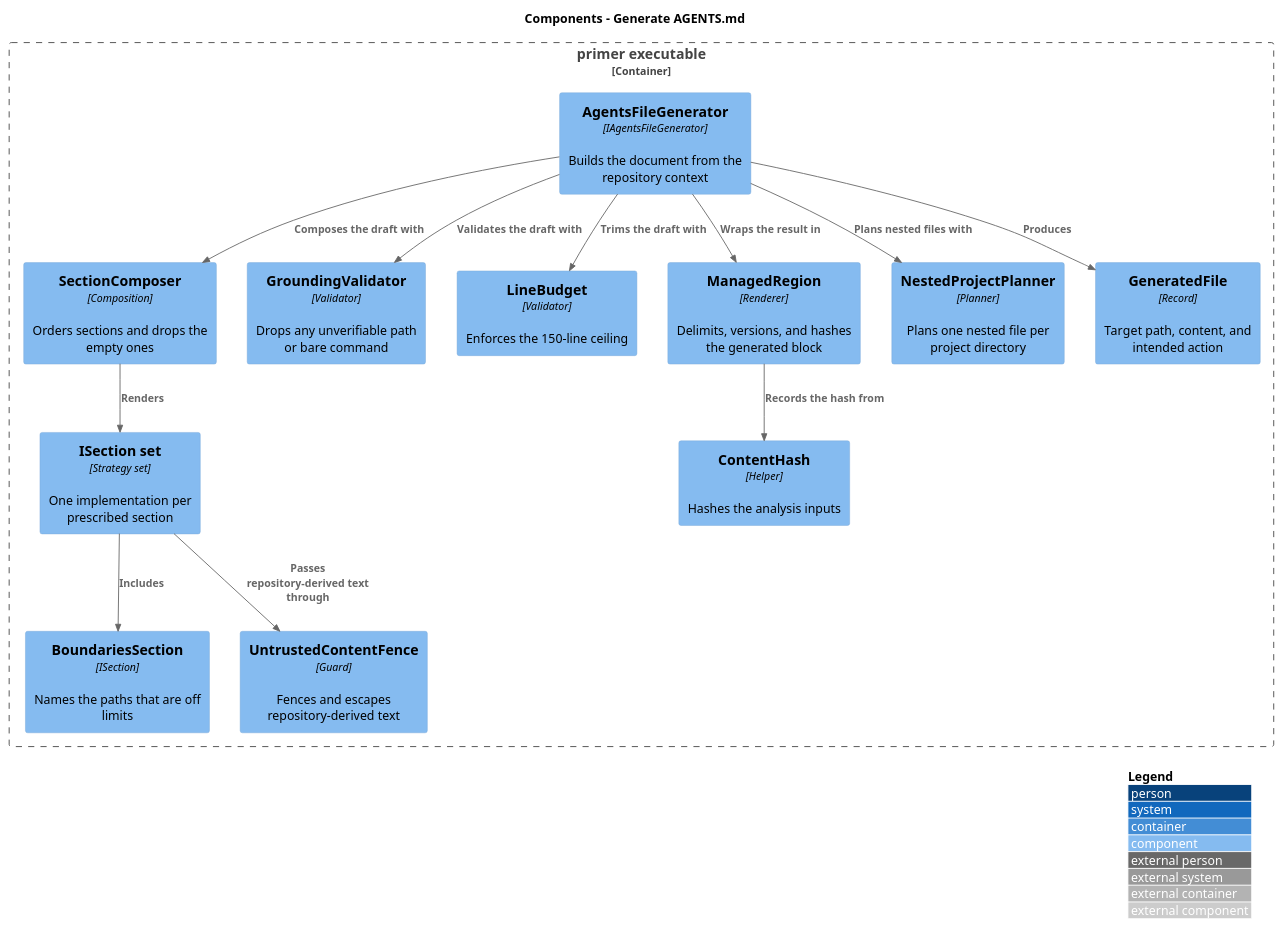
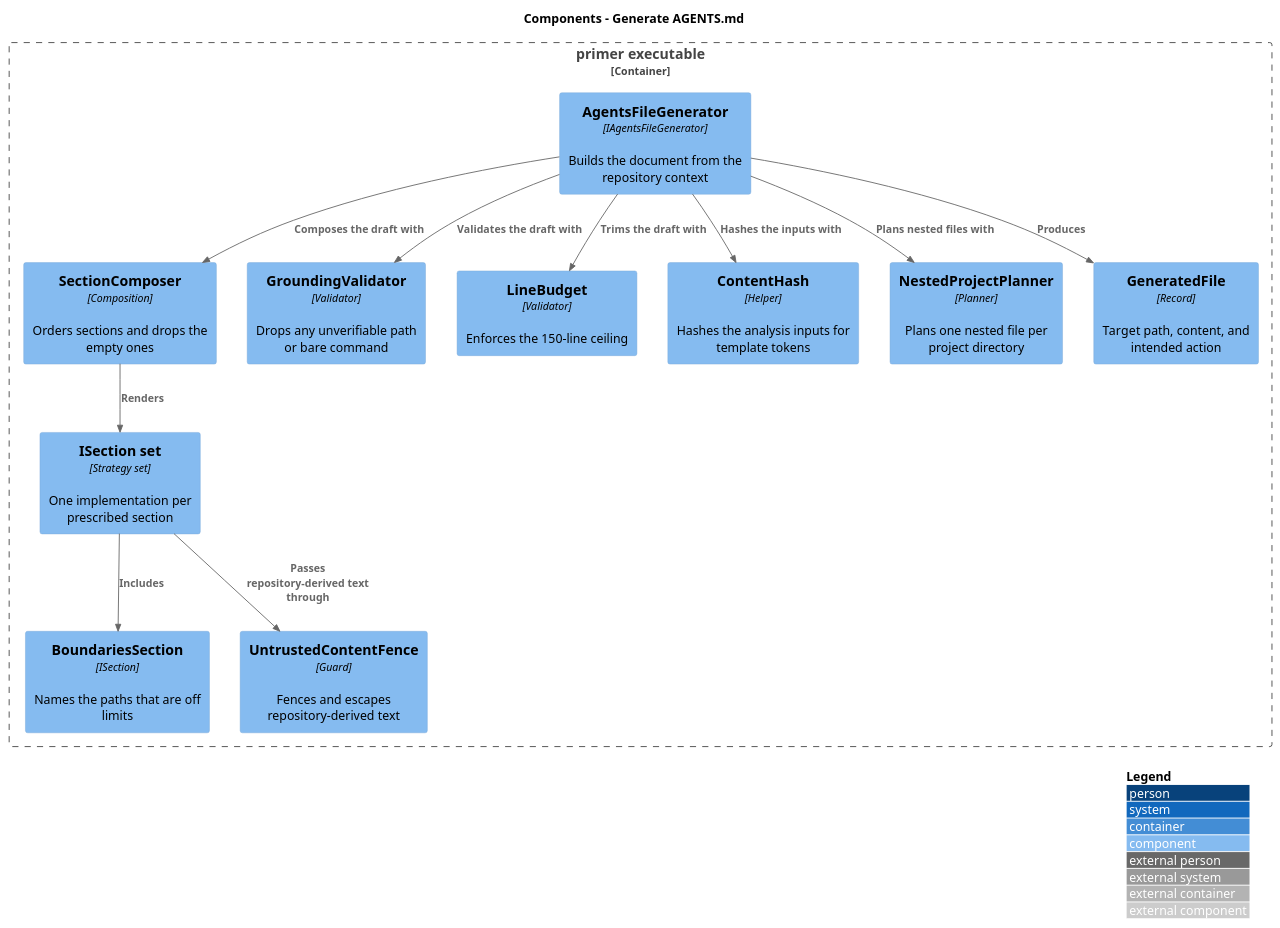
One commit to QuinntyneBrown/primer changed the diagram in docs/detailed-designs/agent-file-generation/generate-agents-md/diagrams/c4-component.puml. Above: the diagram before and after it, drawn with PlantUML. The commit also changed 53 other files, not shown here.

```diff
--- a/docs/detailed-designs/agent-file-generation/generate-agents-md/diagrams/c4-component.puml
+++ b/docs/detailed-designs/agent-file-generation/generate-agents-md/diagrams/c4-component.puml
@@ -1,30 +1,28 @@
 @startuml
 !include <C4/C4_Component>
 LAYOUT_WITH_LEGEND()
 title Components - Generate AGENTS.md
 
 Container_Boundary(exe, "primer executable") {
   Component(generator, "AgentsFileGenerator", "IAgentsFileGenerator", "Builds the document from the repository context")
   Component(composer, "SectionComposer", "Composition", "Orders sections and drops the empty ones")
   Component(sections, "ISection set", "Strategy set", "One implementation per prescribed section")
   Component(boundaries, "BoundariesSection", "ISection", "Names the paths that are off limits")
   Component(grounding, "GroundingValidator", "Validator", "Drops any unverifiable path or bare command")
   Component(fence, "UntrustedContentFence", "Guard", "Fences and escapes repository-derived text")
   Component(budget, "LineBudget", "Validator", "Enforces the 150-line ceiling")
-  Component(region, "ManagedRegion", "Renderer", "Delimits, versions, and hashes the generated block")
-  Component(hash, "ContentHash", "Helper", "Hashes the analysis inputs")
+  Component(hash, "ContentHash", "Helper", "Hashes the analysis inputs for template tokens")
   Component(nested, "NestedProjectPlanner", "Planner", "Plans one nested file per project directory")
   Component(file, "GeneratedFile", "Record", "Target path, content, and intended action")
 }
 
 Rel(generator, composer, "Composes the draft with")
 Rel(composer, sections, "Renders")
 Rel(sections, boundaries, "Includes")
 Rel(sections, fence, "Passes repository-derived text through")
 Rel(generator, grounding, "Validates the draft with")
 Rel(generator, budget, "Trims the draft with")
-Rel(generator, region, "Wraps the result in")
-Rel(region, hash, "Records the hash from")
+Rel(generator, hash, "Hashes the inputs with")
 Rel(generator, nested, "Plans nested files with")
 Rel(generator, file, "Produces")
 @enduml
```
